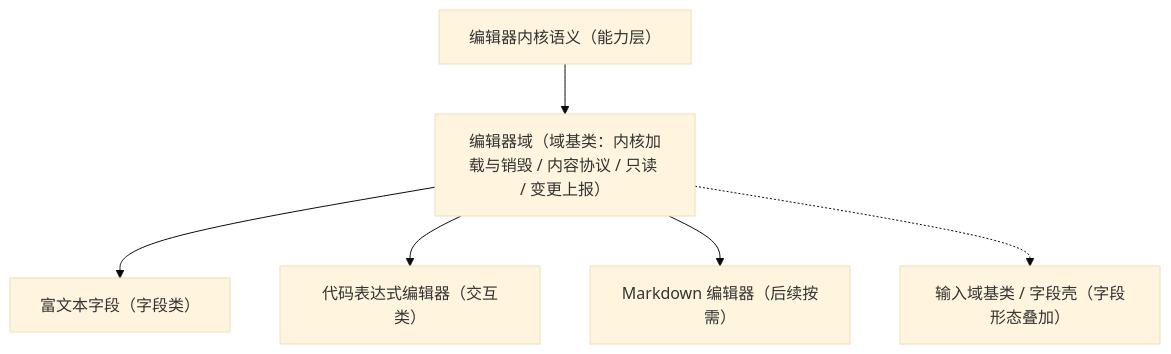
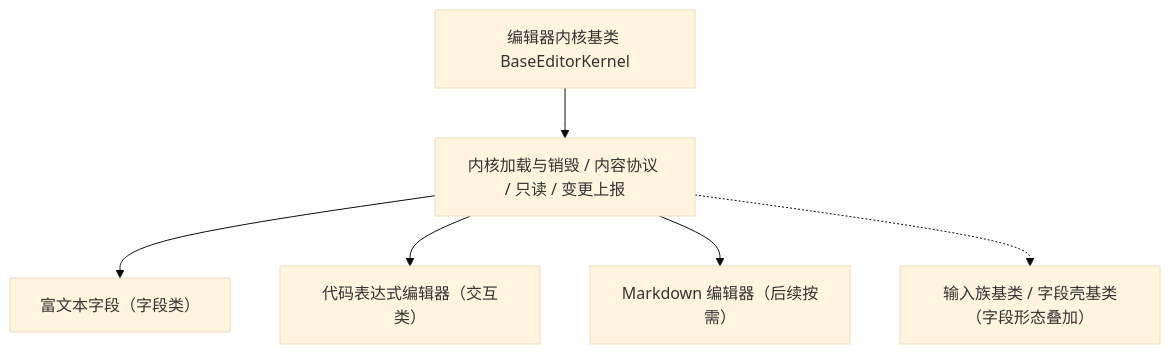
One commit to minjian123/basic-management-system changed the diagram in bms文档/设计/组件设计/02_基础组件类/03_域基类/05_组件设计_编辑器域基类/05_组件设计_编辑器域基类.md. Above: the diagram before and after it, drawn with Mermaid (base theme). The commit also changed other lines of this file and 126 other files, not shown here.

````diff
--- a/bms文档/设计/组件设计/02_基础组件类/03_域基类/05_组件设计_编辑器域基类/05_组件设计_编辑器域基类.md
+++ b/bms文档/设计/组件设计/02_基础组件类/03_域基类/05_组件设计_编辑器域基类/05_组件设计_编辑器域基类.md
@@ -16,8 +16,8 @@
 ```mermaid
 flowchart TD
-    K["编辑器内核语义（能力层）"] --> B["编辑器域（域基类：内核加载与销毁 / 内容协议 / 只读 / 变更上报）"]
+    K["编辑器内核基类 BaseEditorKernel"] --> B["内核加载与销毁 / 内容协议 / 只读 / 变更上报"]
     B --> E1["富文本字段（字段类）"]
     B --> E2["代码表达式编辑器（交互类）"]
     B --> E3["Markdown 编辑器（后续按需）"]
-    B -.-> FIELD["输入域基类 / 字段壳（字段形态叠加）"]
+    B -.-> FIELD["输入族基类 / 字段壳基类（字段形态叠加）"]
 ```
````
